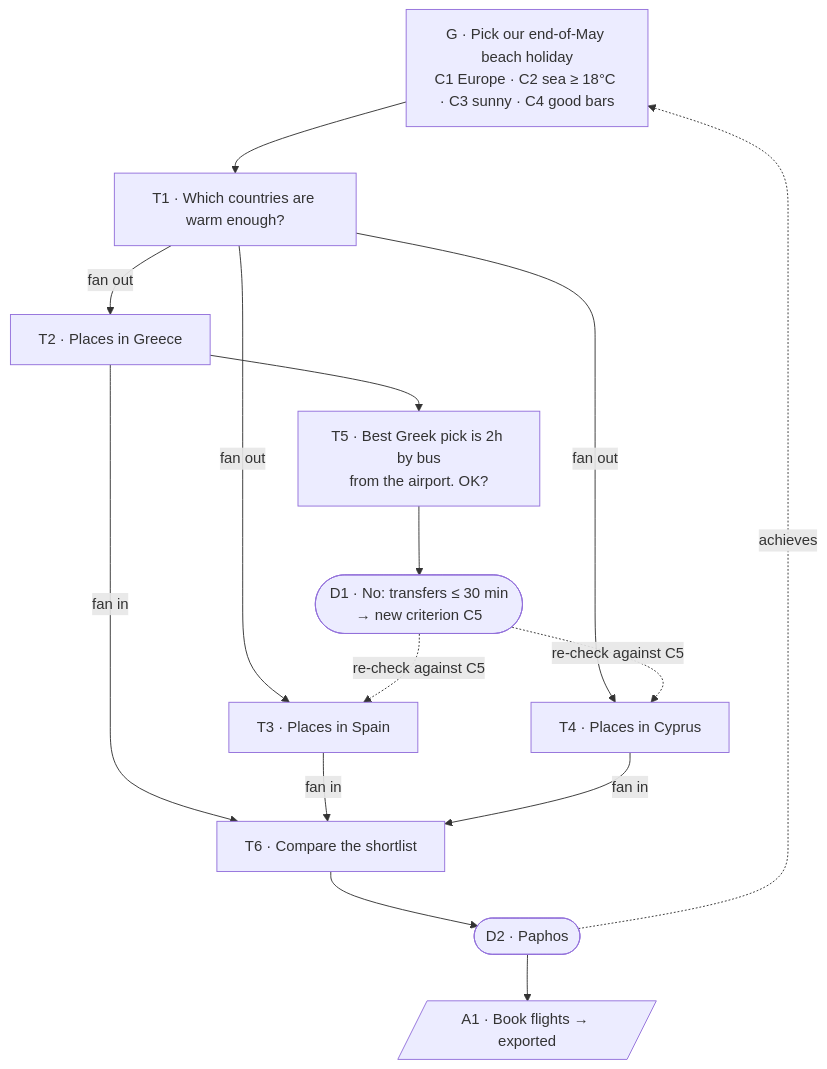
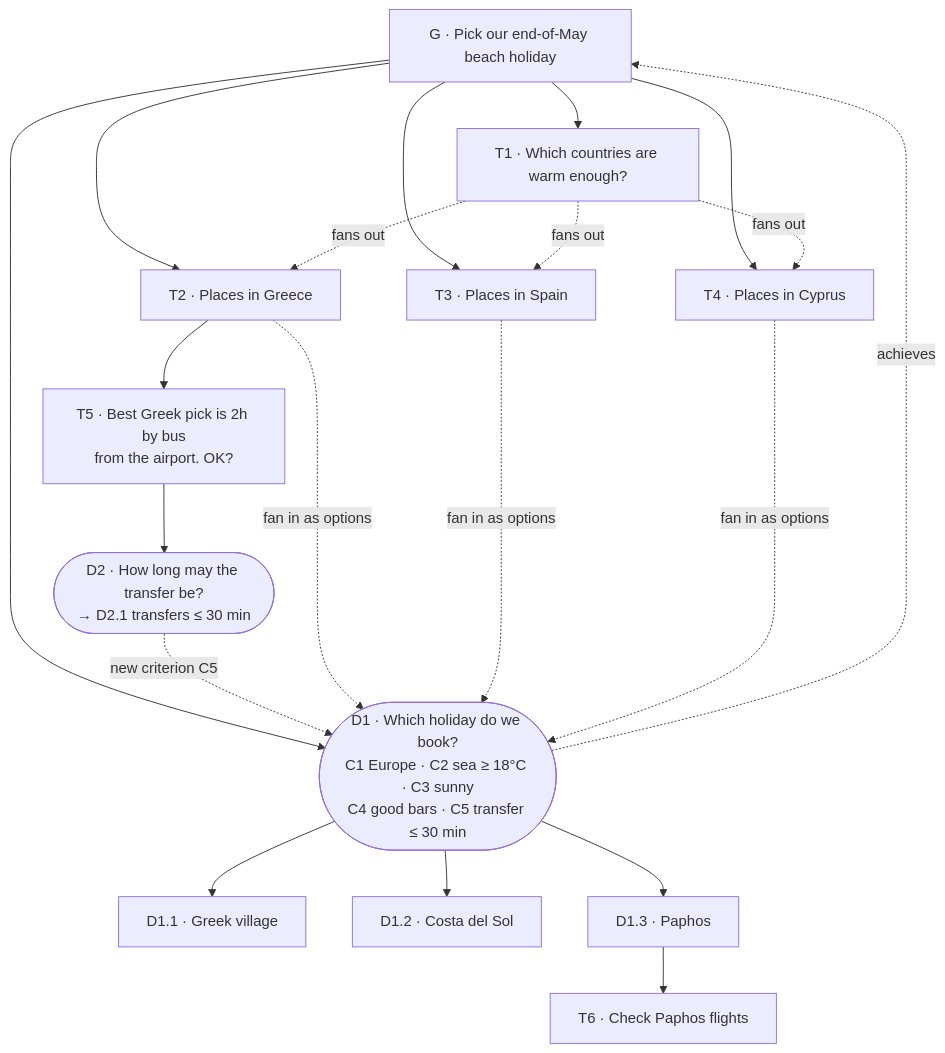
One commit to gaqzi/zeigarnik changed the diagram in README.md. Above: the diagram before and after it, drawn with Mermaid. The commit also changed other lines of this file, not shown here.

````diff
--- a/README.md
+++ b/README.md
@@ -53,22 +54,24 @@
 ```mermaid
 flowchart TD
-  G["G · Pick our end-of-May beach holiday<br/>C1 Europe · C2 sea ≥ 18°C · C3 sunny · C4 good bars"]
+  G["G · Pick our end-of-May beach holiday"]
   T1["T1 · Which countries are warm enough?"]
   T2["T2 · Places in Greece"]
   T3["T3 · Places in Spain"]
   T4["T4 · Places in Cyprus"]
   T5["T5 · Best Greek pick is 2h by bus<br/>from the airport. OK?"]
-  D1(["D1 · No: transfers ≤ 30 min<br/>→ new criterion C5"])
-  T6["T6 · Compare the shortlist"]
-  D2(["D2 · Paphos"])
-  A1[/"A1 · Book flights → exported"/]
+  D2(["D2 · How long may the transfer be?<br/>→ D2.1 transfers ≤ 30 min"])
+  D1(["D1 · Which holiday do we book?<br/>C1 Europe · C2 sea ≥ 18°C · C3 sunny<br/>C4 good bars · C5 transfer ≤ 30 min"])
+  D11["D1.1 · Greek village"]
+  D12["D1.2 · Costa del Sol"]
+  D13["D1.3 · Paphos"]
+  T6["T6 · Check Paphos flights"]
 
-  G --> T1
-  T1 -->|fan out| T2 & T3 & T4
-  T2 --> T5 --> D1
-  D1 -.->|re-check against C5| T3 & T4
-  T2 & T3 & T4 -->|fan in| T6
-  T6 --> D2
-  D2 --> A1
-  D2 -.->|achieves| G
+  G --> T1 & T2 & T3 & T4 & D1
+  T2 --> T5 --> D2
+  D1 --> D11 & D12 & D13
+  D13 --> T6
+  T1 -.->|fans out| T2 & T3 & T4
+  D2 -.->|new criterion C5| D1
+  T2 & T3 & T4 -.->|fan in as options| D1
+  D1 -.->|achieves| G
 ```
````
